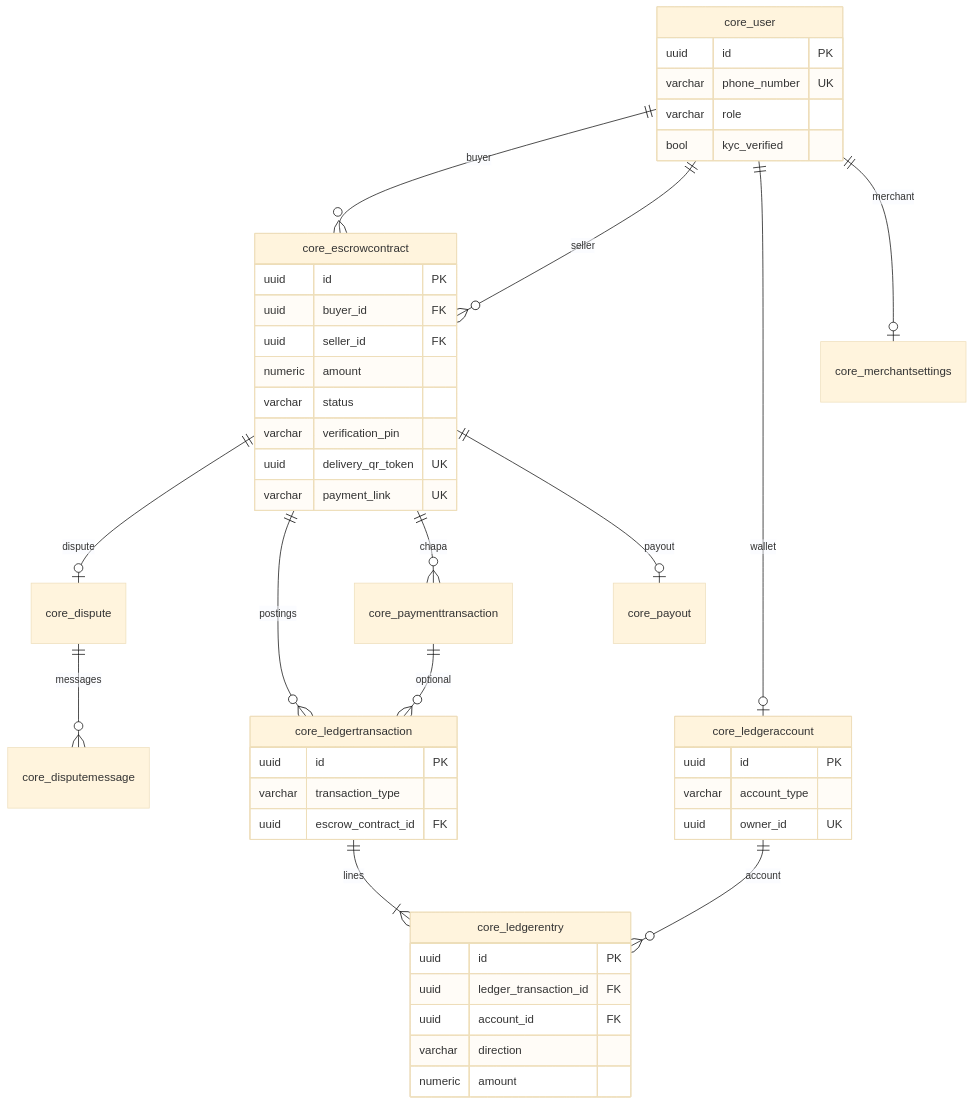
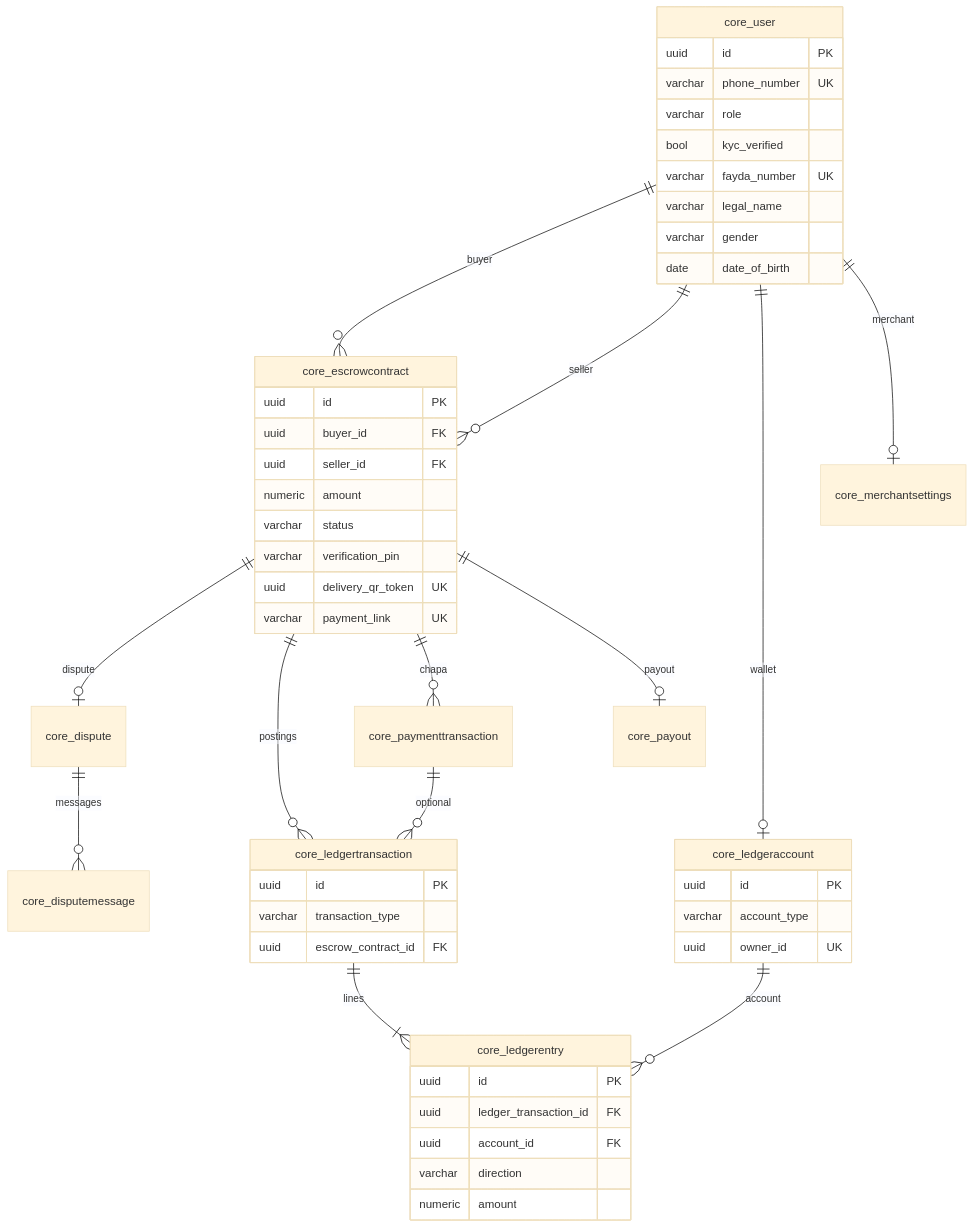
Before and after one commit to sudik2005/Escrow-ET: the diagram in backend/SCHEMA.md, drawn with Mermaid (base theme). The commit also changed other lines of this file and 30 other files, not shown here.

````diff
--- a/backend/SCHEMA.md
+++ b/backend/SCHEMA.md
@@ -5,49 +5,53 @@
 ```mermaid
 erDiagram
   core_user ||--o{ core_escrowcontract : buyer
   core_user ||--o{ core_escrowcontract : seller
   core_user ||--o| core_ledgeraccount : wallet
   core_user ||--o| core_merchantsettings : merchant
   core_escrowcontract ||--o| core_dispute : dispute
   core_escrowcontract ||--o{ core_ledgertransaction : postings
   core_escrowcontract ||--o{ core_paymenttransaction : chapa
   core_escrowcontract ||--o| core_payout : payout
   core_dispute ||--o{ core_disputemessage : messages
   core_ledgertransaction ||--|{ core_ledgerentry : lines
   core_ledgeraccount ||--o{ core_ledgerentry : account
   core_paymenttransaction ||--o{ core_ledgertransaction : optional
 
   core_user {
     uuid id PK
     varchar phone_number UK
     varchar role
     bool kyc_verified
+    varchar fayda_number UK
+    varchar legal_name
+    varchar gender
+    date date_of_birth
   }
   core_escrowcontract {
     uuid id PK
     uuid buyer_id FK
     uuid seller_id FK
     numeric amount
     varchar status
     varchar verification_pin
     uuid delivery_qr_token UK
     varchar payment_link UK
   }
   core_ledgeraccount {
     uuid id PK
     varchar account_type
     uuid owner_id UK
   }
   core_ledgertransaction {
     uuid id PK
     varchar transaction_type
     uuid escrow_contract_id FK
   }
   core_ledgerentry {
     uuid id PK
     uuid ledger_transaction_id FK
     uuid account_id FK
     varchar direction
     numeric amount
   }
 ```
````
